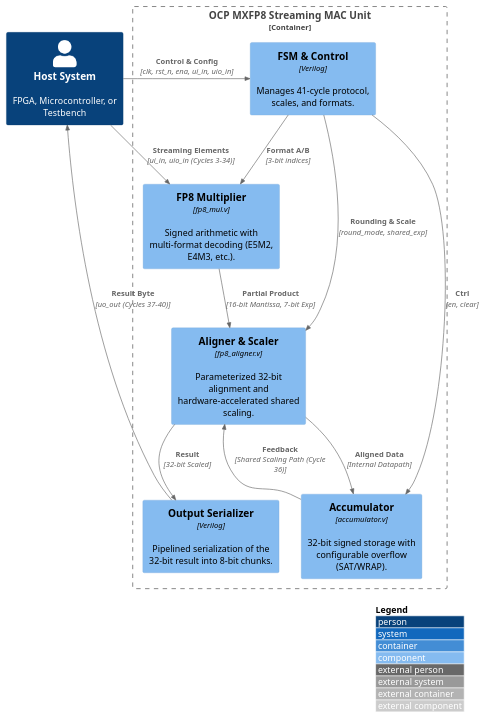
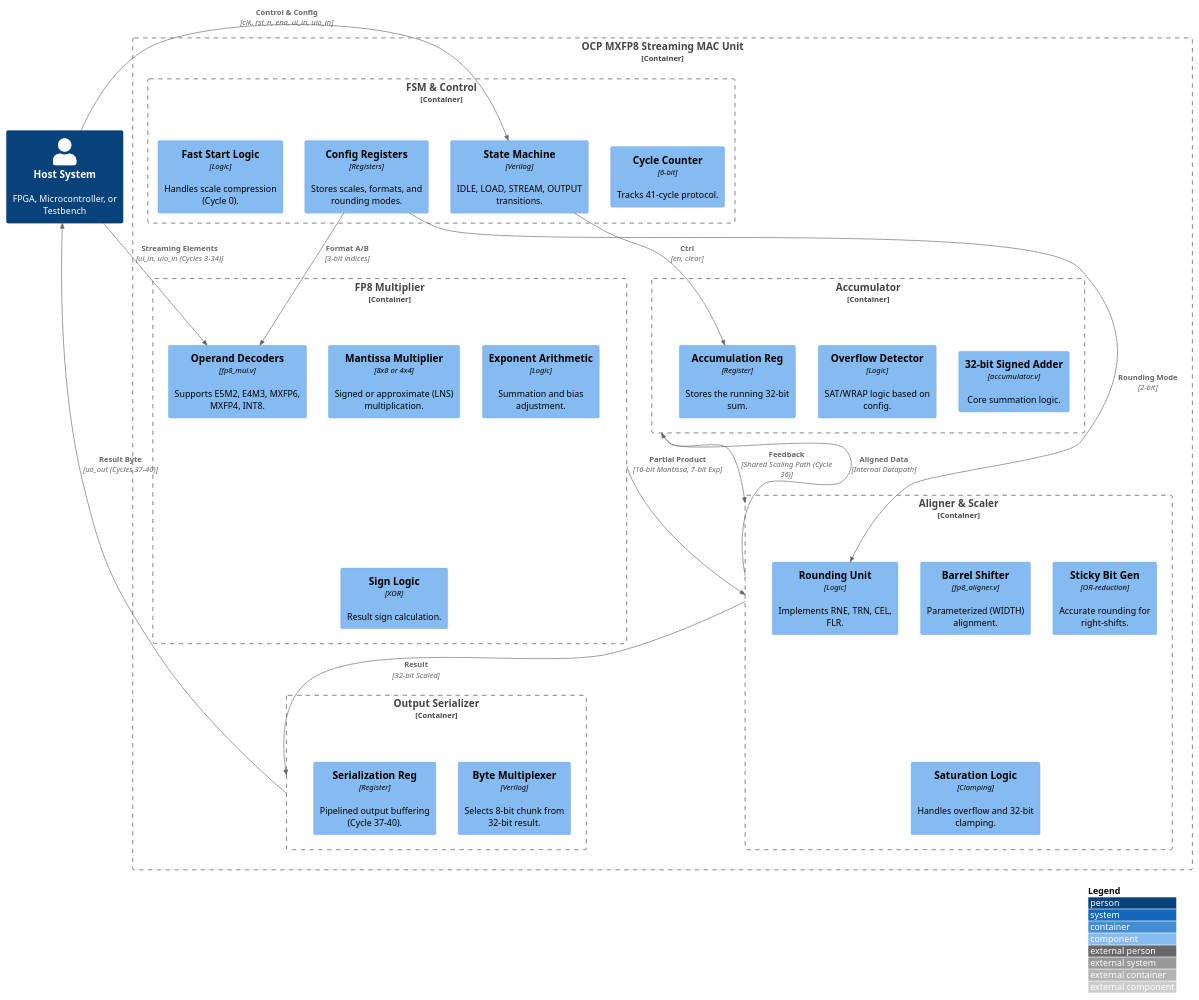
One commit to chatelao/ttihp-fp8-mul changed the diagram in documentation/CONTEXT_DIAGRAM.PUML. Above: the diagram before and after it, drawn with PlantUML.

Commit message:
docs: add internal details to the MAC unit context diagram
Refactored `documentation/CONTEXT_DIAGRAM.PUML` to provide a more granular
view of the architecture. Each major module (FSM, Multiplier, Aligner,
Accumulator, and Serializer) is now a container boundary containing its
respective sub-components.

- FSM & Control: Cycle Counter, State Machine, Config Registers, Fast Start.
- FP8 Multiplier: Operand Decoders, Mantissa Multiplier, Exp Arithmetic, Sign Logic.
- Aligner & Scaler: Barrel Shifter, Rounding Unit, Sticky Bit Gen, Saturation.
- Accumulator: Signed Adder, Overflow Detector, Accumulation Register.
- Output Serializer: Byte Multiplexer, Serialization Register.

Relationships were re-routed to specific sub-components where appropriate
to improve diagram accuracy and clarity.

```diff
--- a/documentation/CONTEXT_DIAGRAM.PUML
+++ b/documentation/CONTEXT_DIAGRAM.PUML
@@ -1,29 +1,56 @@
 @startuml CONTEXT_DIAGRAM
 !include https://raw.githubusercontent.com/plantuml-stdlib/C4-PlantUML/master/C4_Component.puml
 
 LAYOUT_WITH_LEGEND()
 
 Person(host, "Host System", "FPGA, Microcontroller, or Testbench")
 
 Container_Boundary(mac_unit, "OCP MXFP8 Streaming MAC Unit") {
-    Component(fsm, "FSM & Control", "Verilog", "Manages 41-cycle protocol, scales, and formats.")
-    Component(mul, "FP8 Multiplier", "fp8_mul.v", "Signed arithmetic with multi-format decoding (E5M2, E4M3, etc.).")
-    Component(aligner, "Aligner & Scaler", "fp8_aligner.v", "Parameterized 32-bit alignment and hardware-accelerated shared scaling.")
-    Component(acc, "Accumulator", "accumulator.v", "32-bit signed storage with configurable overflow (SAT/WRAP).")
-    Component(serial, "Output Serializer", "Verilog", "Pipelined serialization of the 32-bit result into 8-bit chunks.")
+
+    Container_Boundary(fsm_block, "FSM & Control") {
+        Component(counter, "Cycle Counter", "6-bit", "Tracks 41-cycle protocol.")
+        Component(fsm_logic, "State Machine", "Verilog", "IDLE, LOAD, STREAM, OUTPUT transitions.")
+        Component(config_regs, "Config Registers", "Registers", "Stores scales, formats, and rounding modes.")
+        Component(fast_start, "Fast Start Logic", "Logic", "Handles scale compression (Cycle 0).")
+    }
+
+    Container_Boundary(mul_block, "FP8 Multiplier") {
+        Component(decoders, "Operand Decoders", "fp8_mul.v", "Supports E5M2, E4M3, MXFP6, MXFP4, INT8.")
+        Component(m_mul, "Mantissa Multiplier", "8x8 or 4x4", "Signed or approximate (LNS) multiplication.")
+        Component(exp_arith, "Exponent Arithmetic", "Logic", "Summation and bias adjustment.")
+        Component(sign_logic, "Sign Logic", "XOR", "Result sign calculation.")
+    }
+
+    Container_Boundary(align_block, "Aligner & Scaler") {
+        Component(shifter, "Barrel Shifter", "fp8_aligner.v", "Parameterized (WIDTH) alignment.")
+        Component(round_unit, "Rounding Unit", "Logic", "Implements RNE, TRN, CEL, FLR.")
+        Component(sticky_gen, "Sticky Bit Gen", "OR-reduction", "Accurate rounding for right-shifts.")
+        Component(sat_logic, "Saturation Logic", "Clamping", "Handles overflow and 32-bit clamping.")
+    }
+
+    Container_Boundary(acc_block, "Accumulator") {
+        Component(adder, "32-bit Signed Adder", "accumulator.v", "Core summation logic.")
+        Component(ovf_det, "Overflow Detector", "Logic", "SAT/WRAP logic based on config.")
+        Component(acc_reg, "Accumulation Reg", "Register", "Stores the running 32-bit sum.")
+    }
+
+    Container_Boundary(serial_block, "Output Serializer") {
+        Component(byte_mux, "Byte Multiplexer", "Verilog", "Selects 8-bit chunk from 32-bit result.")
+        Component(serial_reg, "Serialization Reg", "Register", "Pipelined output buffering (Cycle 37-40).")
+    }
 }
 
-Rel(host, fsm, "Control & Config", "clk, rst_n, ena, ui_in, uio_in")
-Rel(host, mul, "Streaming Elements", "ui_in, uio_in (Cycles 3-34)")
+Rel(host, fsm_logic, "Control & Config", "clk, rst_n, ena, ui_in, uio_in")
+Rel(host, decoders, "Streaming Elements", "ui_in, uio_in (Cycles 3-34)")
 
-Rel(fsm, mul, "Format A/B", "3-bit indices")
-Rel(fsm, aligner, "Rounding & Scale", "round_mode, shared_exp")
-Rel(fsm, acc, "Ctrl", "en, clear")
+Rel(config_regs, decoders, "Format A/B", "3-bit indices")
+Rel(config_regs, round_unit, "Rounding Mode", "2-bit")
+Rel(fsm_logic, acc_reg, "Ctrl", "en, clear")
 
-Rel(mul, aligner, "Partial Product", "16-bit Mantissa, 7-bit Exp")
-Rel(aligner, acc, "Aligned Data", "Internal Datapath")
-Rel(acc, aligner, "Feedback", "Shared Scaling Path (Cycle 36)")
-Rel(aligner, serial, "Result", "32-bit Scaled")
-Rel(serial, host, "Result Byte", "uo_out (Cycles 37-40)")
+Rel(mul_block, align_block, "Partial Product", "16-bit Mantissa, 7-bit Exp")
+Rel(align_block, acc_block, "Aligned Data", "Internal Datapath")
+Rel(acc_block, align_block, "Feedback", "Shared Scaling Path (Cycle 36)")
+Rel(align_block, serial_block, "Result", "32-bit Scaled")
+Rel(serial_block, host, "Result Byte", "uo_out (Cycles 37-40)")
 
 @enduml
```
